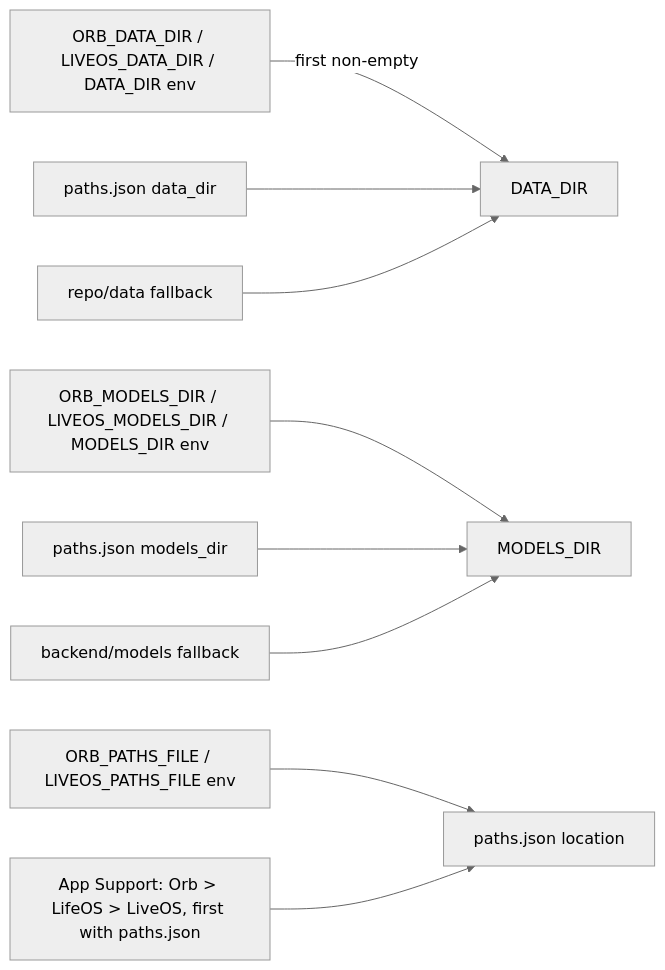
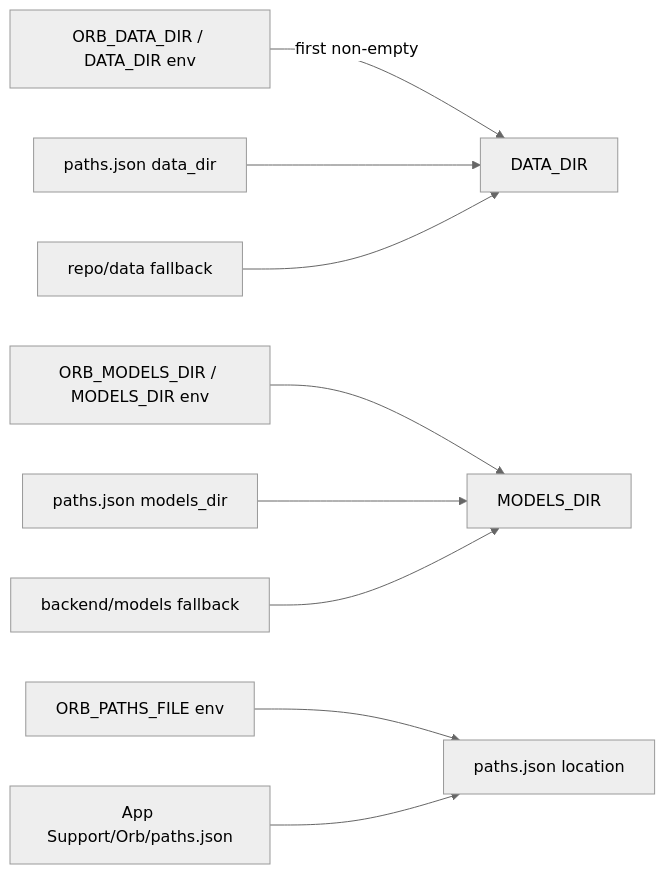
One commit to josetseph/Orb changed the second of 2 diagrams in Docs/06-backend-core-and-configuration.md. Above: the diagram before and after it, drawn with Mermaid (neutral theme). The commit also changed other lines of this file and 159 other files, not shown here.

````diff
--- a/Docs/06-backend-core-and-configuration.md
+++ b/Docs/06-backend-core-and-configuration.md
@@ -412,11 +399,11 @@
 ```mermaid
 flowchart LR
-    A[ORB_DATA_DIR / LIVEOS_DATA_DIR / DATA_DIR env] -->|first non-empty| D[DATA_DIR]
+    A[ORB_DATA_DIR / DATA_DIR env] -->|first non-empty| D[DATA_DIR]
     B[paths.json data_dir] --> D
     C[repo/data fallback] --> D
-    A2[ORB_MODELS_DIR / LIVEOS_MODELS_DIR / MODELS_DIR env] --> M[MODELS_DIR]
+    A2[ORB_MODELS_DIR / MODELS_DIR env] --> M[MODELS_DIR]
     B2[paths.json models_dir] --> M
     C2[backend/models fallback] --> M
-    P1[ORB_PATHS_FILE / LIVEOS_PATHS_FILE env] --> PJ[paths.json location]
-    P2[App Support: Orb > LifeOS > LiveOS, first with paths.json] --> PJ
+    P1[ORB_PATHS_FILE env] --> PJ[paths.json location]
+    P2[App Support/Orb/paths.json] --> PJ
 ```
````
